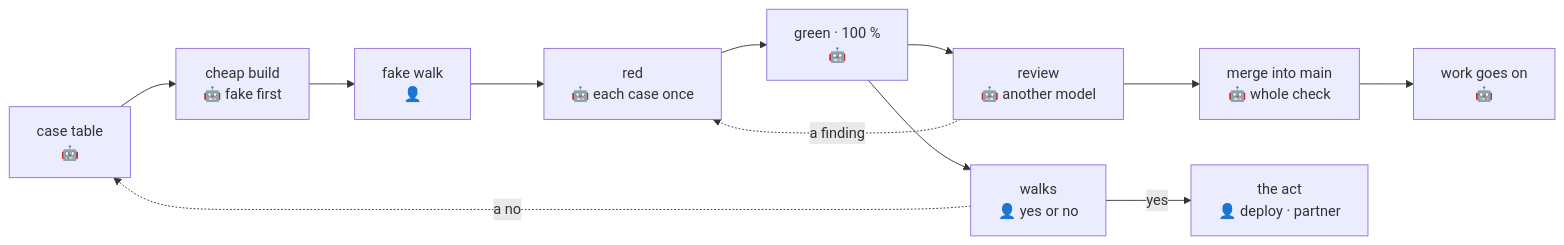
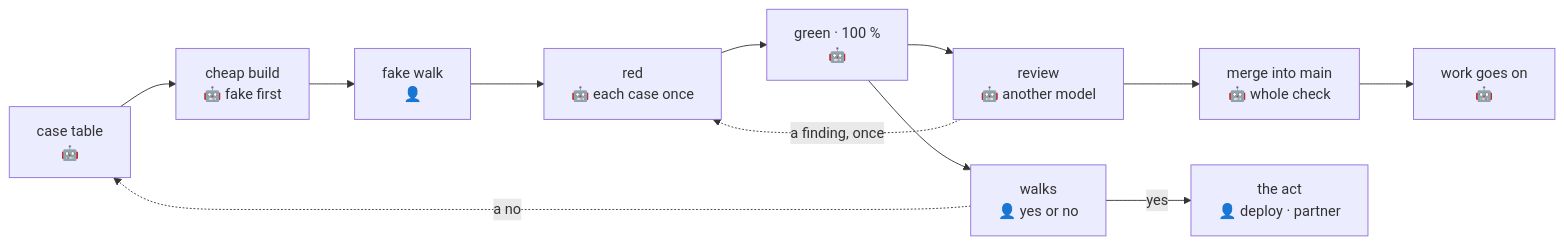
Before and after one commit to ancJ29/credo: the diagram in docs/conventions/qa.md, drawn with Mermaid. The commit also changed other lines of this file and 3 other files, not shown here.

````diff
--- a/docs/conventions/qa.md
+++ b/docs/conventions/qa.md
@@ -17,13 +16,13 @@
 ```mermaid
 flowchart LR
   table["case table<br/>🤖"] --> cheap["cheap build<br/>🤖 fake first"]
   cheap --> look["fake walk<br/>👤"] --> red["red<br/>🤖 each case once"]
   red --> green["green · 100 %<br/>🤖"]
   green --> review["review<br/>🤖 another model"]
   review --> merge["merge into main<br/>🤖 whole check"]
   merge --> on["work goes on<br/>🤖"]
   green --> walks["walks<br/>👤 yes or no"]
   walks -- yes --> act["the act<br/>👤 deploy · partner"]
-  review -. a finding .-> red
+  review -. a finding, once .-> red
   walks -. a no .-> table
 ```
````
